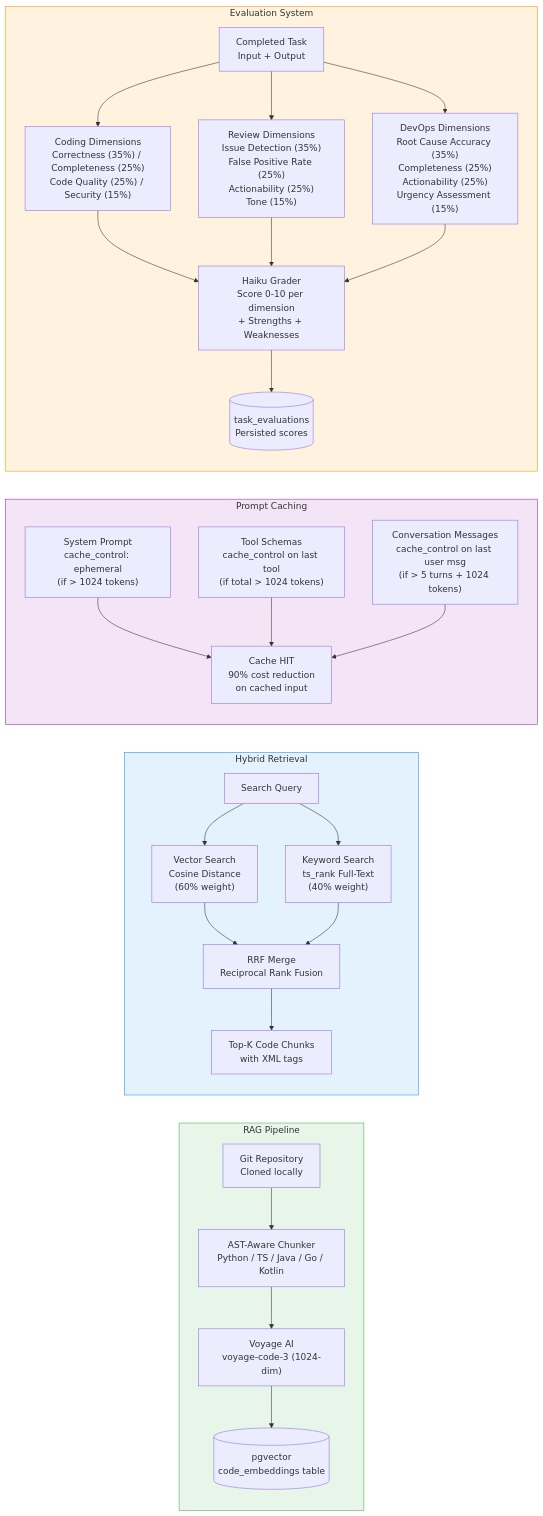
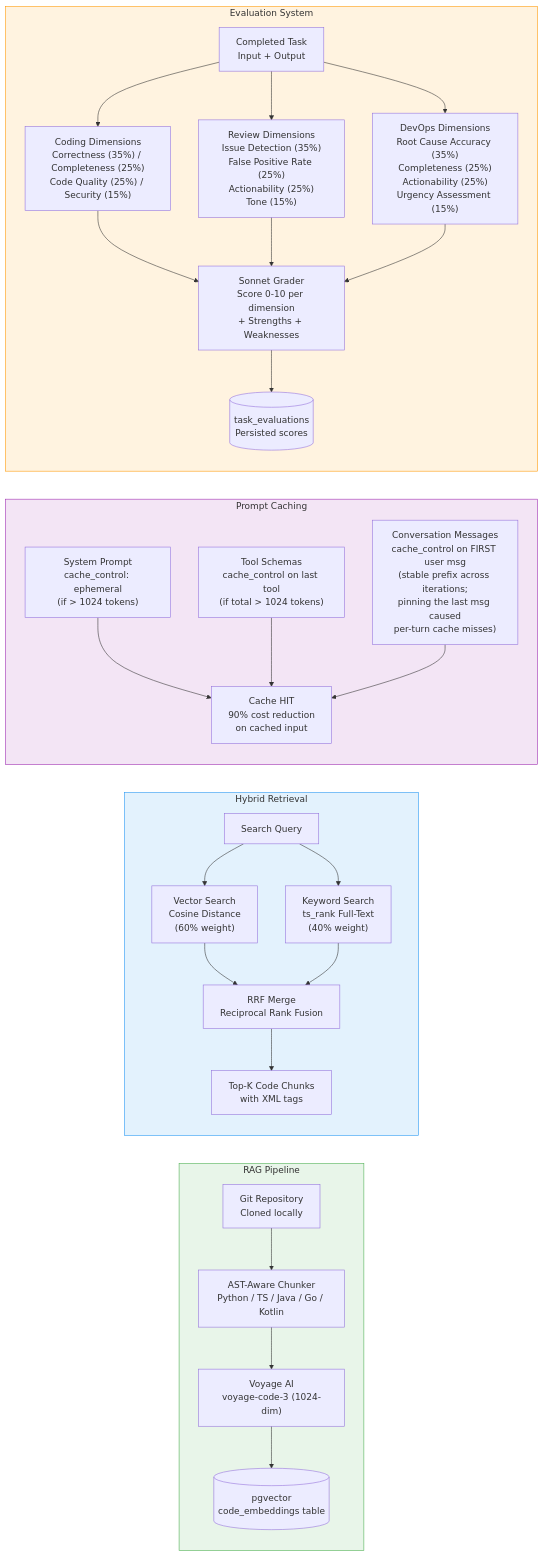
Before and after one commit to TeaSui/ai-driven: the diagram in docs/architecture/05-rag-caching-evaluation.md, drawn with Mermaid. The commit also changed 8 other files, not shown here.

````diff
--- a/docs/architecture/05-rag-caching-evaluation.md
+++ b/docs/architecture/05-rag-caching-evaluation.md
@@ -5,66 +5,66 @@
 ```mermaid
 flowchart LR
     subgraph RAG["RAG Pipeline"]
         direction TB
         REPO["Git Repository\nCloned locally"]
         CHUNK["AST-Aware Chunker\nPython / TS / Java / Go / Kotlin"]
         EMBED["Voyage AI\nvoyage-code-3 (1024-dim)"]
         PGVEC[("pgvector\ncode_embeddings table")]
 
         REPO --> CHUNK
         CHUNK --> EMBED
         EMBED --> PGVEC
     end
 
     subgraph Query["Hybrid Retrieval"]
         direction TB
         Q["Search Query"]
         VEC["Vector Search\nCosine Distance\n(60% weight)"]
         KW["Keyword Search\nts_rank Full-Text\n(40% weight)"]
         RRF["RRF Merge\nReciprocal Rank Fusion"]
         RES["Top-K Code Chunks\nwith XML tags"]
 
         Q --> VEC
         Q --> KW
         VEC --> RRF
         KW --> RRF
         RRF --> RES
     end
 
     subgraph Cache["Prompt Caching"]
         direction TB
         SYS["System Prompt\ncache_control: ephemeral\n(if > 1024 tokens)"]
         TOOLS["Tool Schemas\ncache_control on last tool\n(if total > 1024 tokens)"]
-        MSGS["Conversation Messages\ncache_control on last user msg\n(if > 5 turns + 1024 tokens)"]
+        MSGS["Conversation Messages\ncache_control on FIRST user msg\n(stable prefix across iterations;\npinning the last msg caused\nper-turn cache misses)"]
         HIT["Cache HIT\n90% cost reduction\non cached input"]
 
         SYS --> HIT
         TOOLS --> HIT
         MSGS --> HIT
     end
 
     subgraph Eval["Evaluation System"]
         direction TB
         TASK["Completed Task\nInput + Output"]
 
         DIM_C["Coding Dimensions\nCorrectness (35%) / Completeness (25%)\nCode Quality (25%) / Security (15%)"]
         DIM_R["Review Dimensions\nIssue Detection (35%)\nFalse Positive Rate (25%)\nActionability (25%)\nTone (15%)"]
         DIM_D["DevOps Dimensions\nRoot Cause Accuracy (35%)\nCompleteness (25%)\nActionability (25%)\nUrgency Assessment (15%)"]
 
-        GRADE["Haiku Grader\nScore 0-10 per dimension\n+ Strengths + Weaknesses"]
+        GRADE["Sonnet Grader\nScore 0-10 per dimension\n+ Strengths + Weaknesses"]
         STORE[("task_evaluations\nPersisted scores")]
 
         TASK --> DIM_C
         TASK --> DIM_R
         TASK --> DIM_D
         DIM_C --> GRADE
         DIM_R --> GRADE
         DIM_D --> GRADE
         GRADE --> STORE
     end
 
     style RAG fill:#e8f5e9,stroke:#4caf50
     style Query fill:#e3f2fd,stroke:#2196f3
     style Cache fill:#f3e5f5,stroke:#9c27b0
     style Eval fill:#fff3e0,stroke:#ff9800
 ```
````
